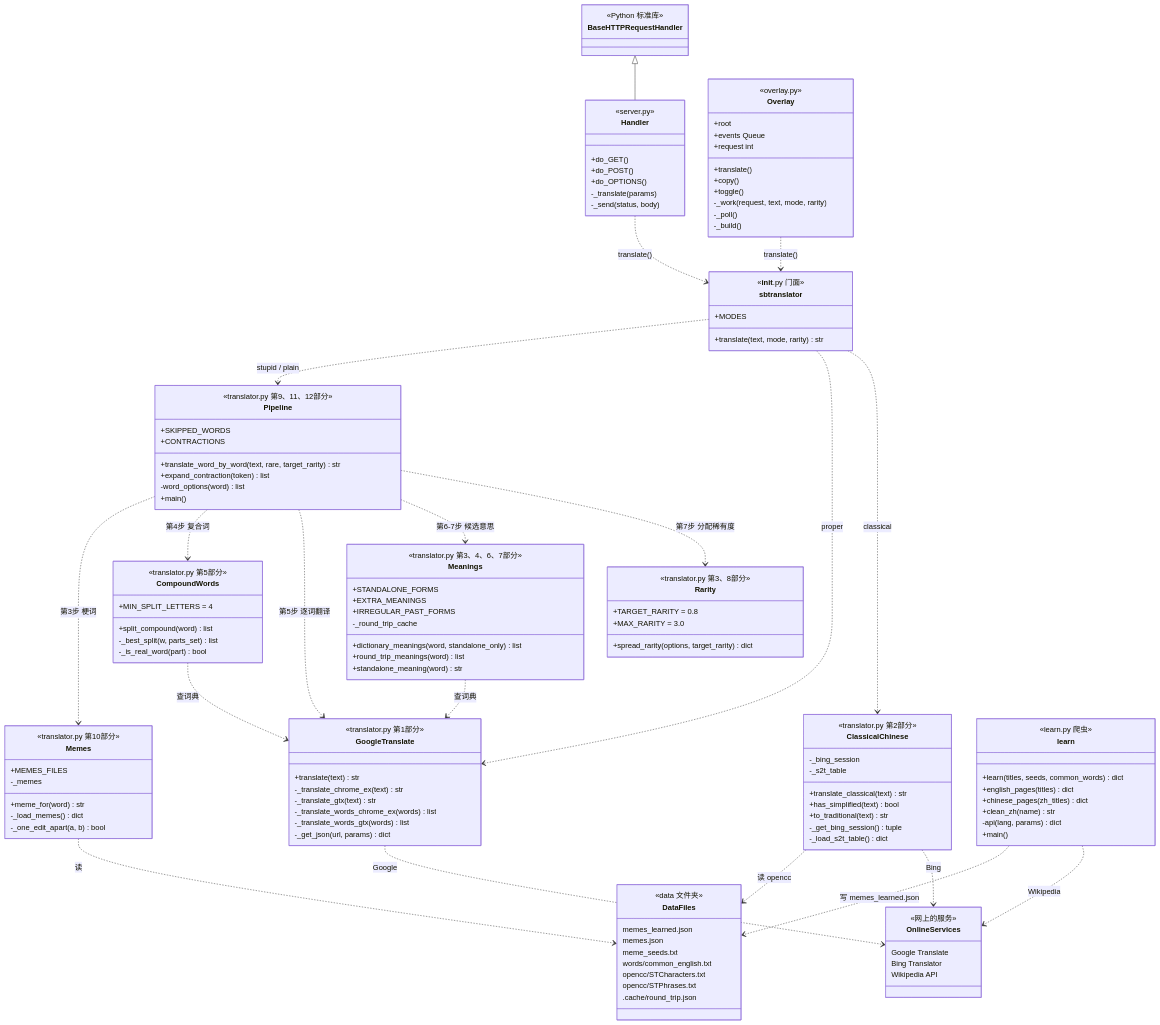
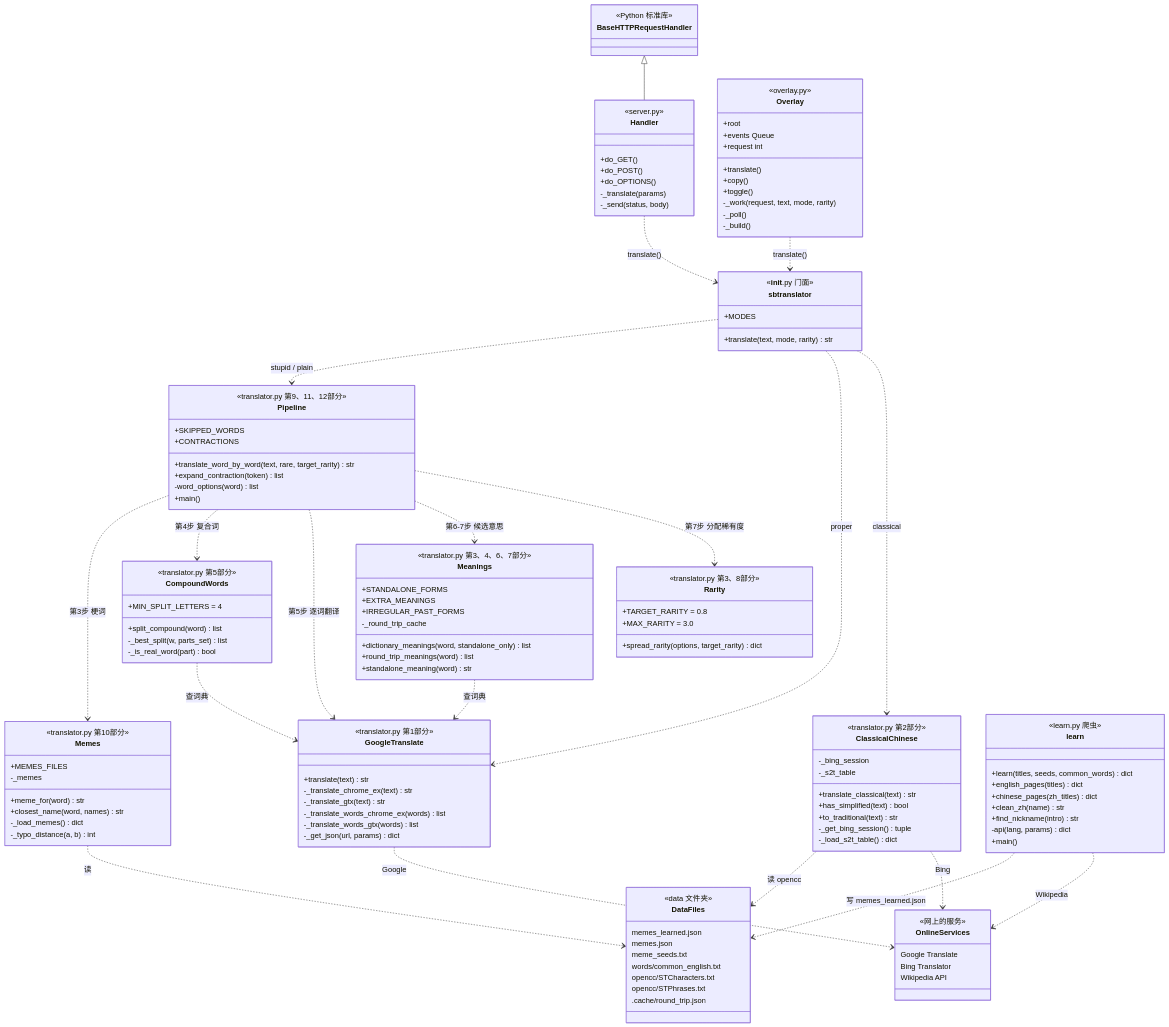
Before and after one commit to HHCreator/StupidTransilator: the first of 2 diagrams in docs/DESIGN.md, drawn with Mermaid. The commit also changed other lines of this file and 4 other files, not shown here.

```diff
--- a/docs/DESIGN.md
+++ b/docs/DESIGN.md
@@ -99,8 +99,9 @@
         +MEMES_FILES
         -_memes
         +meme_for(word) str
+        +closest_name(word, names) str
         -_load_memes() dict
-        -_one_edit_apart(a, b) bool
+        -_typo_distance(a, b) int
     }
     class learn {
         <<learn.py 爬虫>>
@@ -108,6 +109,7 @@
         +english_pages(titles) dict
         +chinese_pages(zh_titles) dict
         +clean_zh(name) str
+        +find_nickname(intro) str
         -api(lang, params) dict
         +main()
     }
```
